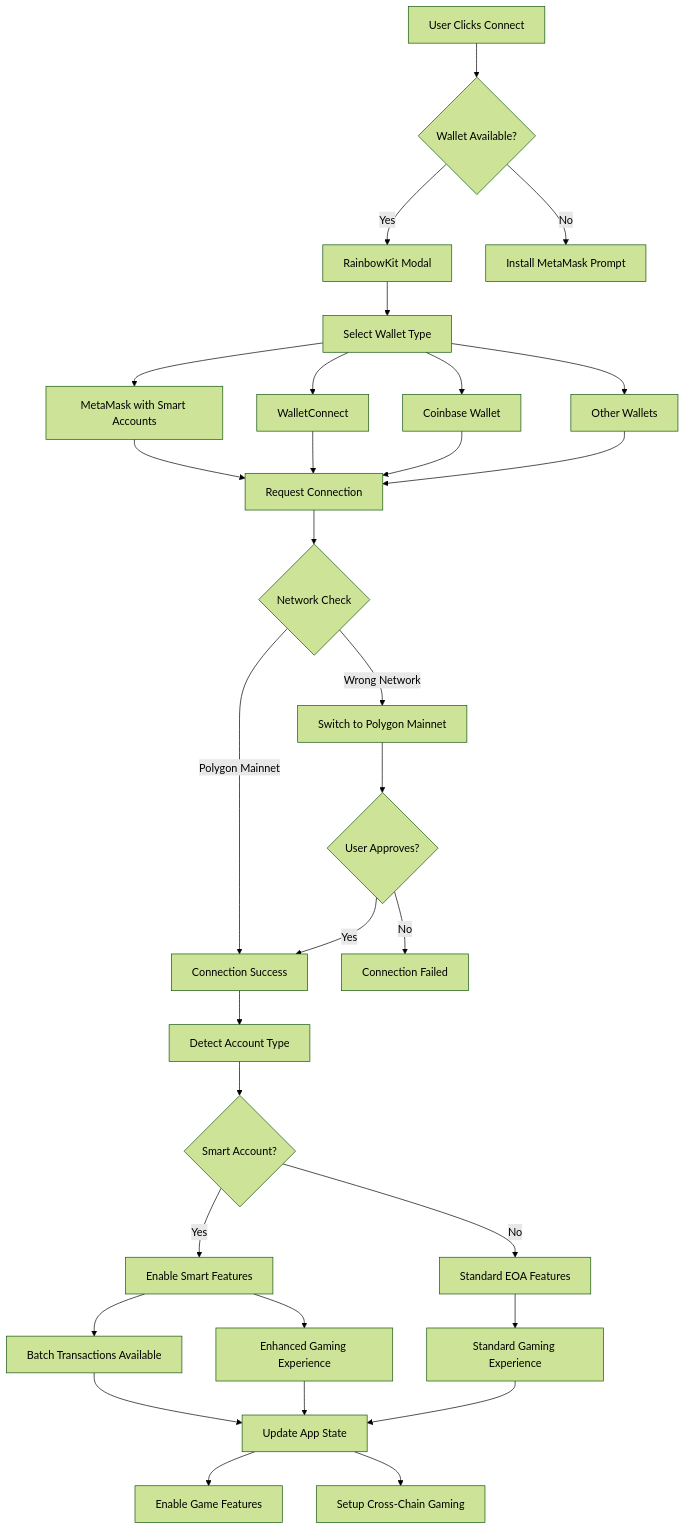
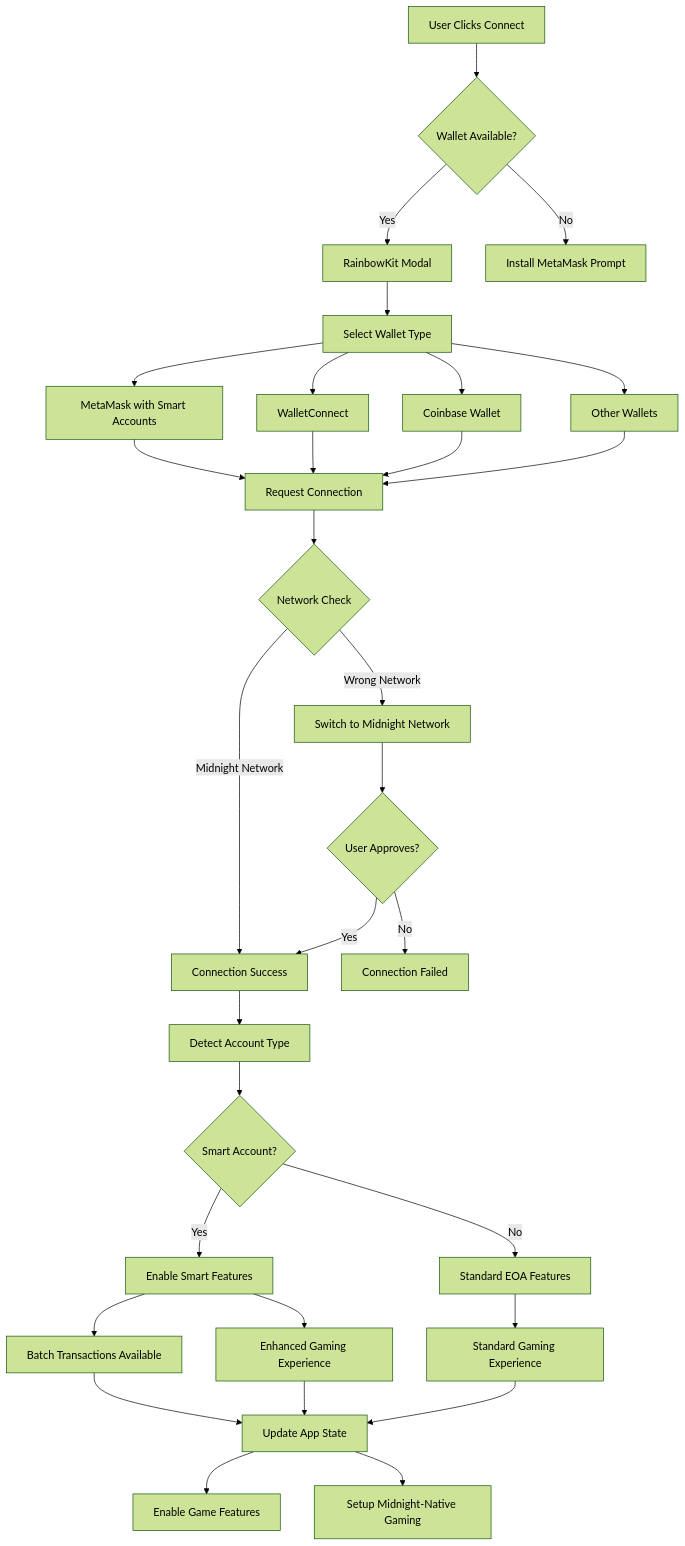
The third of 23 diagrams in MERMAID_DIAGRAMS.md (AmaanSayyad/Midnight-Casino), drawn with Mermaid (forest theme) before and after one commit. The commit also changed other lines of this file and 2 other files, not shown here.

Commit message:
rebrand(midnight): establish baseline identity and theme scaffolding

````diff
--- a/MERMAID_DIAGRAMS.md
+++ b/MERMAID_DIAGRAMS.md
@@ -85,40 +85,40 @@
 ```mermaid
 flowchart TD
     A[User Clicks Connect] --> B{Wallet Available?}
     B -->|Yes| C[RainbowKit Modal]
     B -->|No| D[Install MetaMask Prompt]
     
     C --> E[Select Wallet Type]
     E --> F[MetaMask with Smart Accounts]
     E --> G[WalletConnect]
     E --> H[Coinbase Wallet]
     E --> I[Other Wallets]
     
     F --> K[Request Connection]
     G --> K
     H --> K
     I --> K
     
     K --> L{Network Check}
-    L -->|Polygon Mainnet| M[Connection Success]
-    L -->|Wrong Network| N[Switch to Polygon Mainnet]
+    L -->|Midnight Network| M[Connection Success]
+    L -->|Wrong Network| N[Switch to Midnight Network]
     
     N --> O{User Approves?}
     O -->|Yes| M
     O -->|No| P[Connection Failed]
     
     M --> Q[Detect Account Type]
     Q --> R{Smart Account?}
     R -->|Yes| S[Enable Smart Features]
     R -->|No| T[Standard EOA Features]
     
     S --> U[Batch Transactions Available]
     S --> V[Enhanced Gaming Experience]
     T --> W[Standard Gaming Experience]
     
     U --> X[Update App State]
     V --> X
     W --> X
     X --> Y[Enable Game Features]
-    X --> Z[Setup Cross-Chain Gaming]
+    X --> Z[Setup Midnight-Native Gaming]
 ```
````
